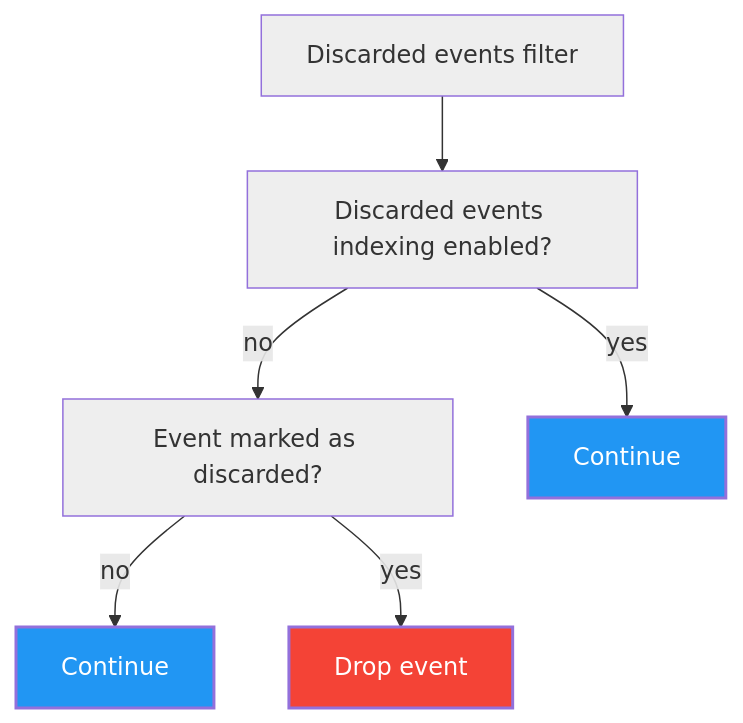
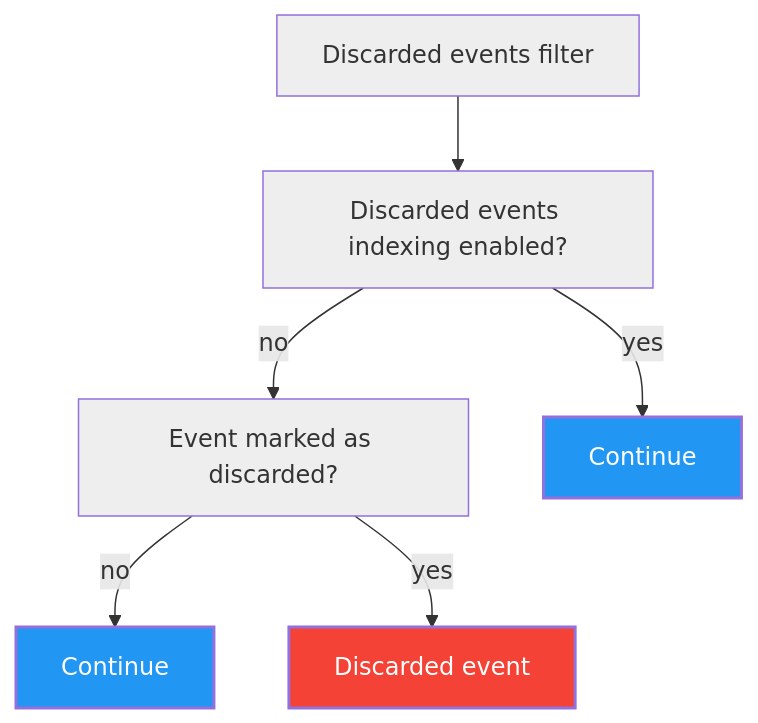
The sixth of 19 diagrams in docs/ref/modules/engine/README.md (wazuh/wazuh), drawn with Mermaid before and after one commit. The commit also changed other lines of this file, not shown here.

````diff
--- a/docs/ref/modules/engine/README.md
+++ b/docs/ref/modules/engine/README.md
@@ -527,20 +529,20 @@
 ```mermaid
 flowchart TD
 
 classDef cond fill:#eeeeee,stroke-width:1px
 classDef yes fill:#2196f3,stroke-width:2px,color:#fff
 classDef no fill:#f44336,stroke-width:2px,color:#fff
 
 start["Discarded events filter"]:::cond
 cfg["Discarded events indexing enabled?"]:::cond
 discarded["Event marked as discarded?"]:::cond
 pass1["Continue"]:::yes
 pass2["Continue"]:::yes
-drop["Drop event"]:::no
+drop["Discarded event"]:::no
 
 start --> cfg
 cfg -->|yes| pass1
 cfg -->|no| discarded
 discarded -->|no| pass2
 discarded -->|yes| drop
 ```
````
